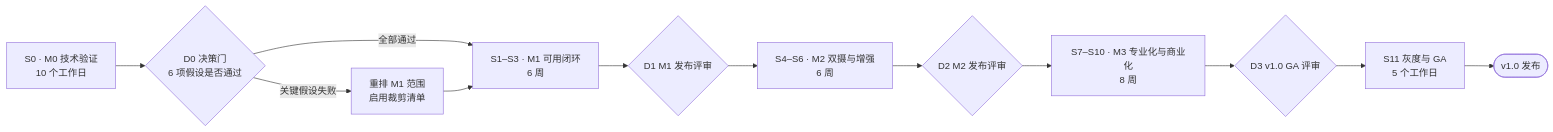
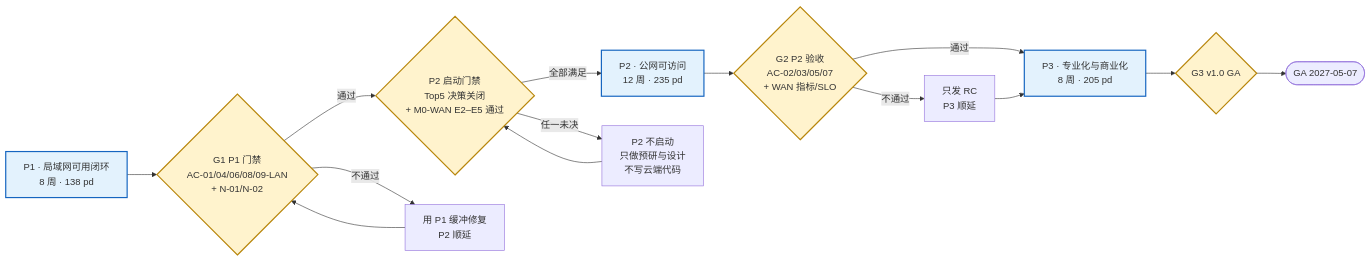
The first of 3 diagrams in docs/09-task-plan.md (mbpz/camPush), drawn with Mermaid before and after one commit. The commit also changed other lines of this file and 5 other files, not shown here.

````diff
--- a/docs/09-task-plan.md
+++ b/docs/09-task-plan.md
@@ -59,14 +136,20 @@
 ```mermaid
 flowchart LR
-  S0["S0 · M0 技术验证<br/>10 个工作日"] --> D0{"D0 决策门<br/>6 项假设是否通过"}
-  D0 -->|全部通过| S1["S1–S3 · M1 可用闭环<br/>6 周"]
-  D0 -->|关键假设失败| RP["重排 M1 范围<br/>启用裁剪清单"]
-  RP --> S1
-  S1 --> D1{"D1 M1 发布评审"}
-  D1 --> S4["S4–S6 · M2 双摄与增强<br/>6 周"]
-  S4 --> D2{"D2 M2 发布评审"}
-  D2 --> S7["S7–S10 · M3 专业化与商业化<br/>8 周"]
-  S7 --> D3{"D3 v1.0 GA 评审"}
-  D3 --> S11["S11 灰度与 GA<br/>5 个工作日"]
-  S11 --> GA(["v1.0 发布"])
+  P1["P1 · 局域网可用闭环<br/>8 周 · 138 pd"] --> G1{"G1 P1 门禁<br/>AC-01/04/06/08/09-LAN<br/>+ N-01/N-02"}
+  G1 -->|通过| GATE{"P2 启动门禁<br/>Top5 决策关闭<br/>+ M0-WAN E2–E5 通过"}
+  G1 -->|不通过| FIX1["用 P1 缓冲修复<br/>P2 顺延"]
+  FIX1 --> G1
+  GATE -->|全部满足| P2["P2 · 公网可访问<br/>12 周 · 235 pd"]
+  GATE -->|任一未决| WAIT["P2 不启动<br/>只做预研与设计<br/>不写云端代码"]
+  WAIT --> GATE
+  P2 --> G2{"G2 P2 验收<br/>AC-02/03/05/07<br/>+ WAN 指标/SLO"}
+  G2 -->|通过| P3["P3 · 专业化与商业化<br/>8 周 · 205 pd"]
+  G2 -->|不通过| RC["只发 RC<br/>P3 顺延"]
+  RC --> P3
+  P3 --> G3{"G3 v1.0 GA"}
+  G3 --> GA(["GA 2027-05-07"])
+  classDef gate fill:#fff3cd,stroke:#b8860b,stroke-width:2px;
+  classDef phase fill:#e3f2fd,stroke:#1565c0,stroke-width:2px;
+  class G1,GATE,G2,G3 gate;
+  class P1,P2,P3 phase;
 ```
````
